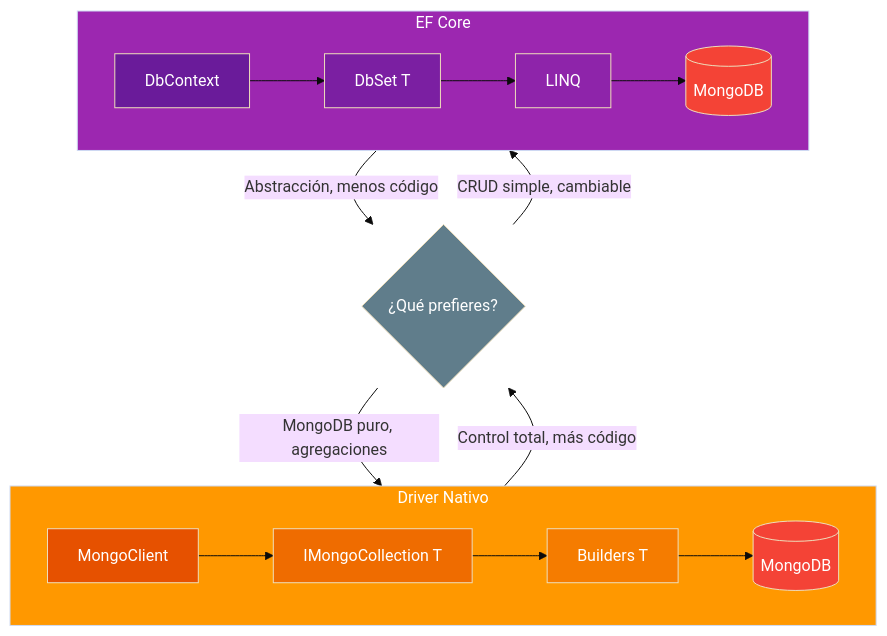
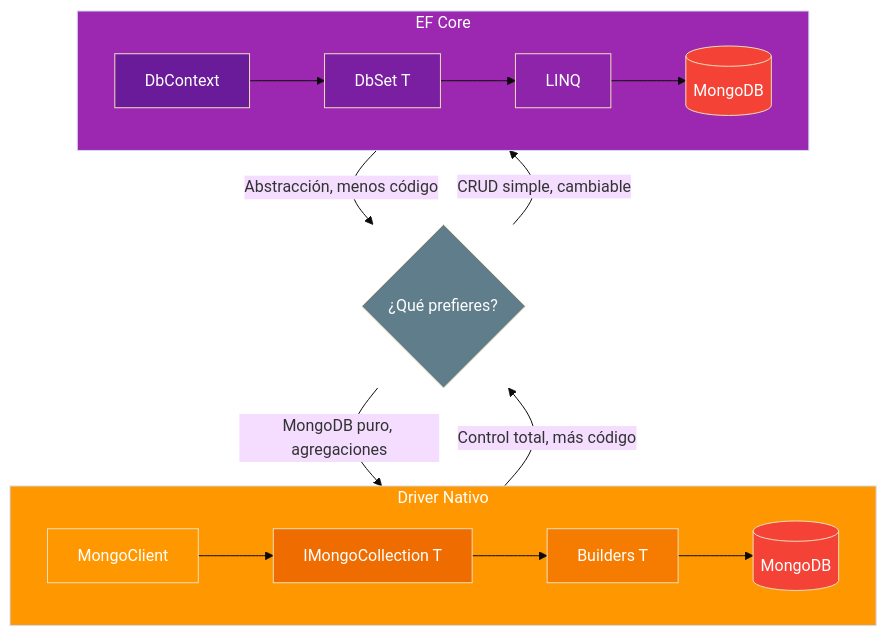
One commit to joseluisgs/DesarrolloWebEntornosServidor-02-2026-2027 changed the fifth of 7 diagrams in 13-mongodb.md. Above: the diagram before and after it, drawn with Mermaid (base theme). The commit also changed other lines of this file and 15 other files, not shown here.

````diff
--- a/13-mongodb.md
+++ b/13-mongodb.md
@@ -835,32 +835,32 @@
 ```mermaid
 graph TD
     subgraph DRIVER["Driver Nativo"]
         D1[MongoClient] --> D2[IMongoCollection T]
         D2 --> D3[Builders T]
         D3 --> D4[(MongoDB)]
     end
 
     subgraph EF["EF Core"]
         E1[DbContext] --> E2[DbSet T]
         E2 --> E3[LINQ]
         E3 --> E4[(MongoDB)]
     end
 
     DRIVER -->|"Control total, más código"| DEC{¿Qué prefieres?}
     EF -->|"Abstracción, menos código"| DEC
 
     DEC -->|"MongoDB puro, agregaciones"| DRIVER
     DEC -->|"CRUD simple, cambiable"| EF
 
     style DRIVER fill:#FF9800,color:#fff
     style EF fill:#9C27B0,color:#fff
-    style D1 fill:#E65100,color:#fff
+    style D1 fill:#FF9800,color:#fff
     style D2 fill:#EF6C00,color:#fff
     style D3 fill:#F57C00,color:#fff
     style D4 fill:#f44336,color:#fff
     style E1 fill:#6A1B9A,color:#fff
     style E2 fill:#7B1FA2,color:#fff
     style E3 fill:#8E24AA,color:#fff
     style E4 fill:#f44336,color:#fff
     style DEC fill:#607D8B,color:#fff
 ```
````
